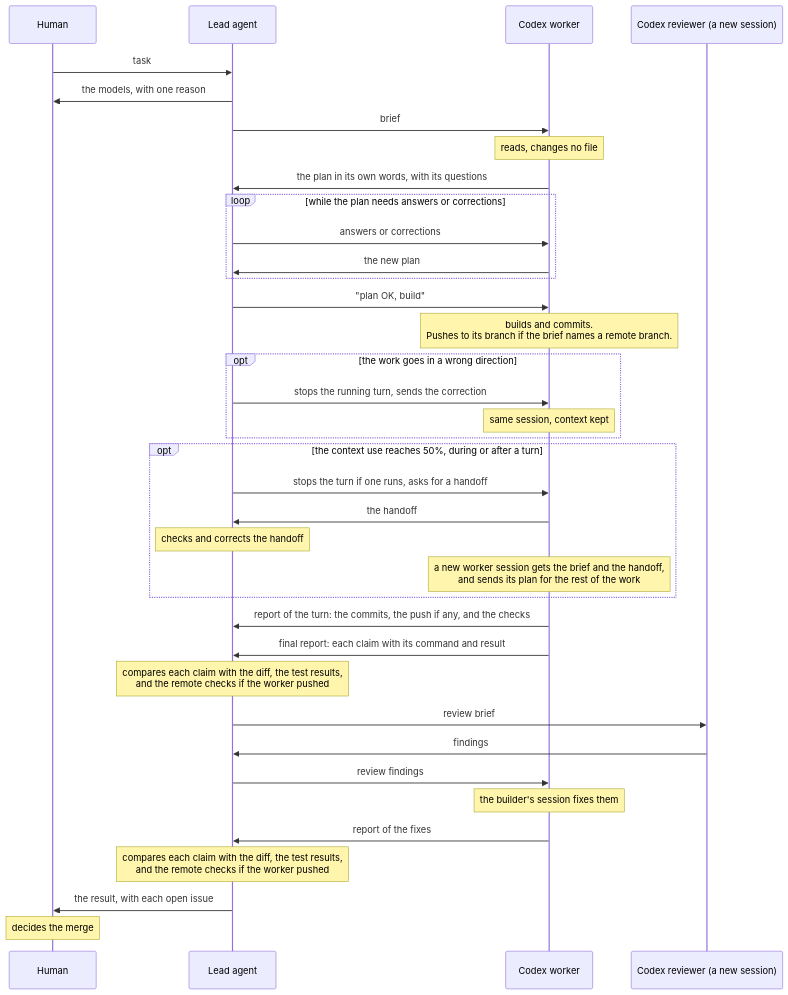
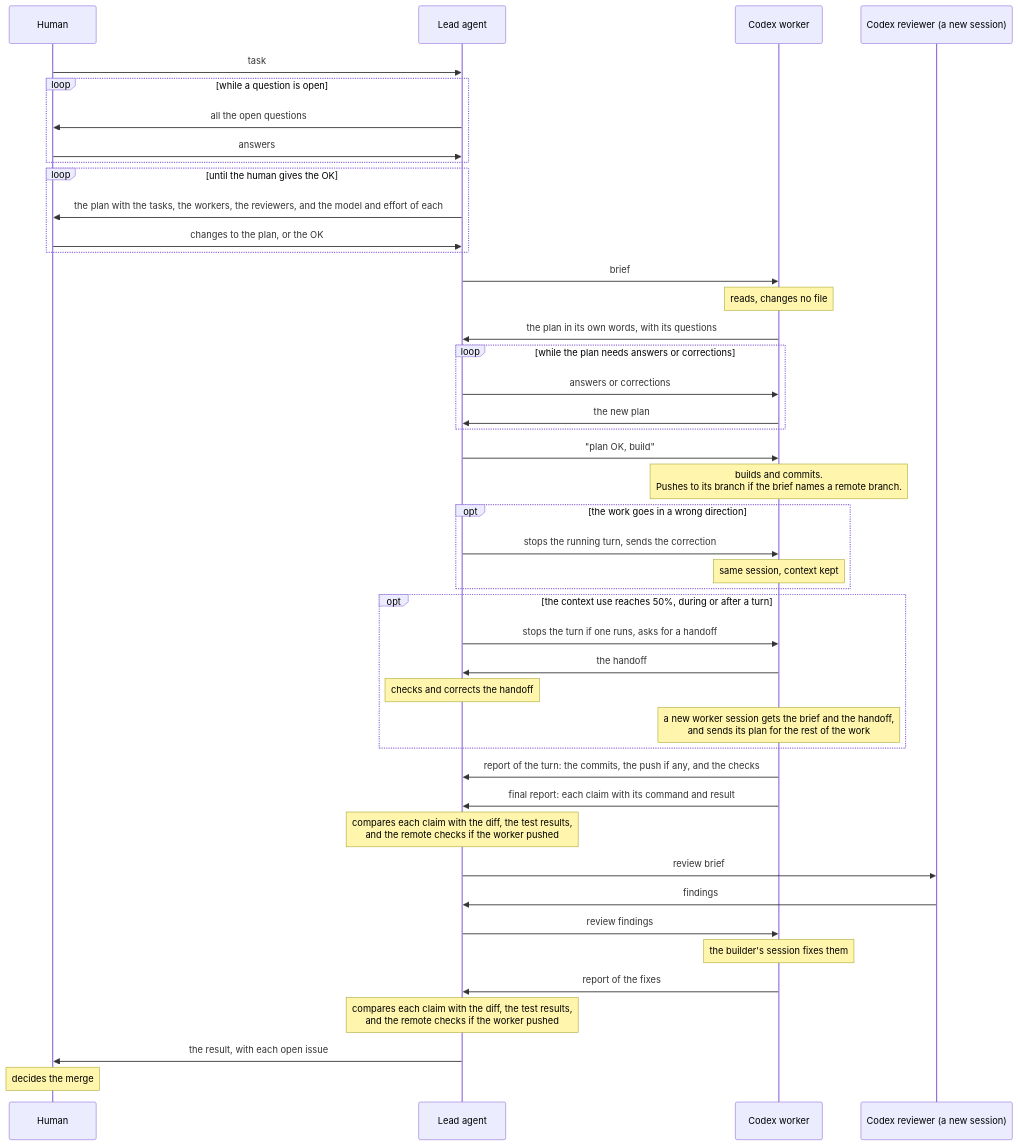
Before and after one commit to binhle312/cty1ng: the second of 2 diagrams in .agents/skills/leader/GUIDE.md, drawn with Mermaid. The commit also changed other lines of this file and 3 other files, not shown here.

First line of the commit message:
Ask the owner until clear, and plan workers before they start

````diff
--- a/.agents/skills/leader/GUIDE.md
+++ b/.agents/skills/leader/GUIDE.md
@@ -95,40 +100,47 @@
 ```mermaid
 sequenceDiagram
   participant H as Human
   participant L as Lead agent
   participant W as Codex worker
   participant R as Codex reviewer (a new session)
 
   H->>L: task
-  L->>H: the models, with one reason
+  loop while a question is open
+    L->>H: all the open questions
+    H->>L: answers
+  end
+  loop until the human gives the OK
+    L->>H: the plan with the tasks, the workers, the reviewers, and the model and effort of each
+    H->>L: changes to the plan, or the OK
+  end
   L->>W: brief
   Note over W: reads, changes no file
   W->>L: the plan in its own words, with its questions
   loop while the plan needs answers or corrections
     L->>W: answers or corrections
     W->>L: the new plan
   end
   L->>W: "plan OK, build"
   Note over W: builds and commits.<br/>Pushes to its branch if the brief names a remote branch.
   opt the work goes in a wrong direction
     L->>W: stops the running turn, sends the correction
     Note over W: same session, context kept
   end
   opt the context use reaches 50%, during or after a turn
     L->>W: stops the turn if one runs, asks for a handoff
     W->>L: the handoff
     Note over L: checks and corrects the handoff
     Note over W: a new worker session gets the brief and the handoff,<br/>and sends its plan for the rest of the work
   end
   W->>L: report of the turn: the commits, the push if any, and the checks
   W->>L: final report: each claim with its command and result
   Note over L: compares each claim with the diff, the test results,<br/>and the remote checks if the worker pushed
   L->>R: review brief
   R->>L: findings
   L->>W: review findings
   Note over W: the builder's session fixes them
   W->>L: report of the fixes
   Note over L: compares each claim with the diff, the test results,<br/>and the remote checks if the worker pushed
   L->>H: the result, with each open issue
   Note over H: decides the merge
 ```
````
